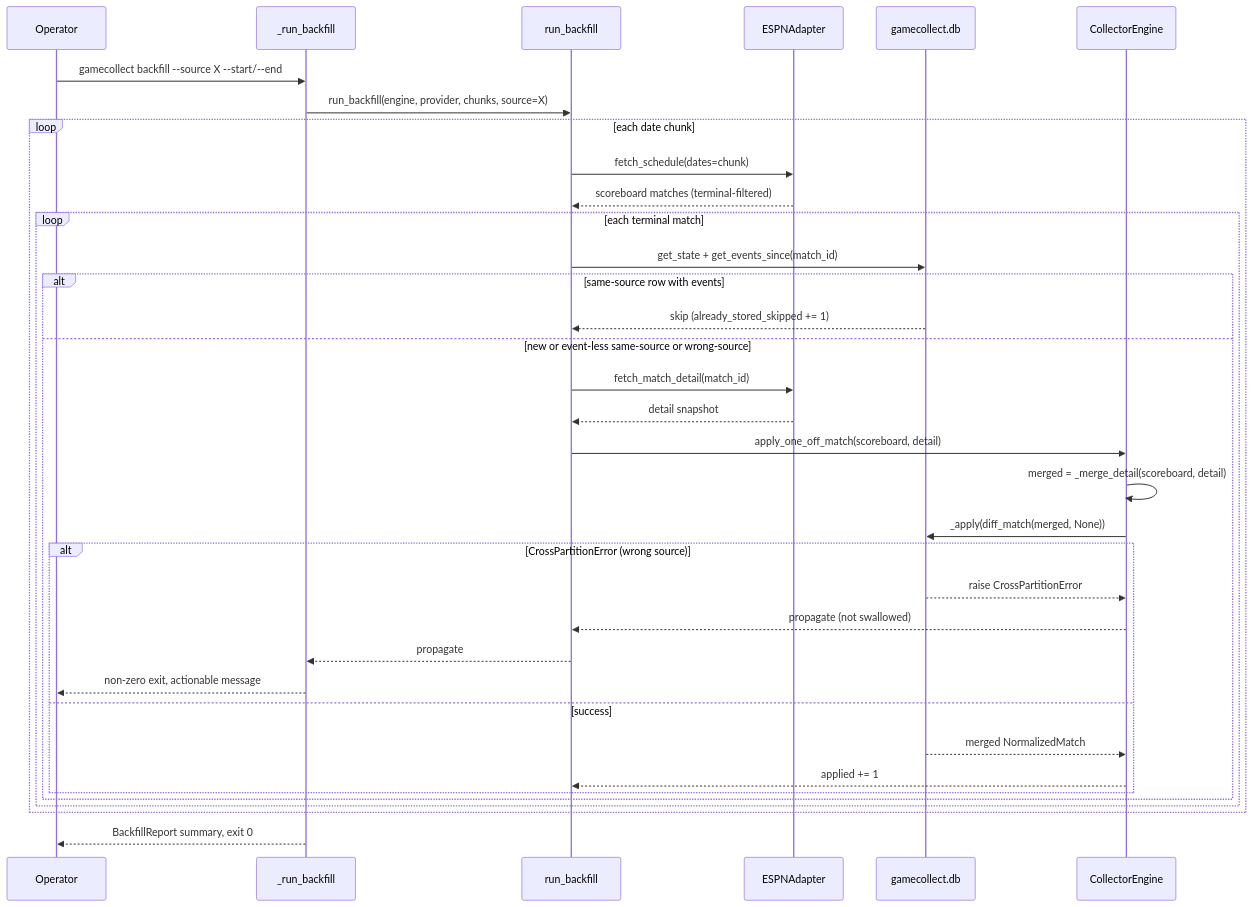
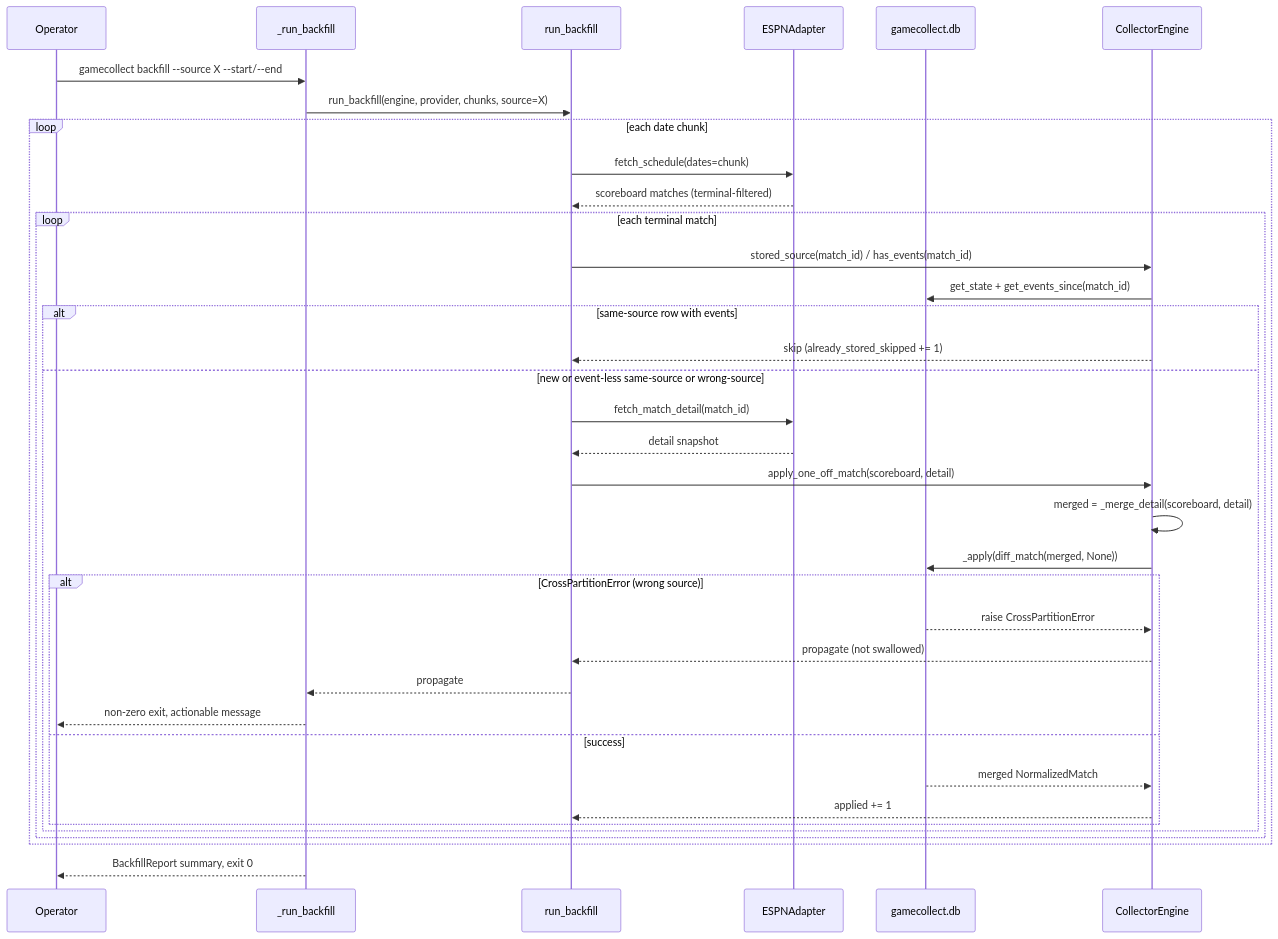
Before and after one commit to vr000m/gamealerts-collector: the second of 2 diagrams in docs/dev_plans/20260718-feature-historical-backfill.md, drawn with Mermaid. The commit also changed other lines of this file, not shown here.

````diff
--- a/docs/dev_plans/20260718-feature-historical-backfill.md
+++ b/docs/dev_plans/20260718-feature-historical-backfill.md
@@ -674,38 +816,39 @@
 ```mermaid
 sequenceDiagram
     participant Op as Operator
     participant CLI as _run_backfill
     participant BF as run_backfill
     participant ESPN as ESPNAdapter
     participant DB as gamecollect.db
     participant Eng as CollectorEngine
 
     Op->>CLI: gamecollect backfill --source X --start/--end
     CLI->>BF: run_backfill(engine, provider, chunks, source=X)
     loop each date chunk
         BF->>ESPN: fetch_schedule(dates=chunk)
         ESPN-->>BF: scoreboard matches (terminal-filtered)
         loop each terminal match
-            BF->>DB: get_state + get_events_since(match_id)
+            BF->>Eng: stored_source(match_id) / has_events(match_id)
+            Eng->>DB: get_state + get_events_since(match_id)
             alt same-source row with events
-                DB-->>BF: skip (already_stored_skipped += 1)
+                Eng-->>BF: skip (already_stored_skipped += 1)
             else new or event-less same-source or wrong-source
                 BF->>ESPN: fetch_match_detail(match_id)
                 ESPN-->>BF: detail snapshot
                 BF->>Eng: apply_one_off_match(scoreboard, detail)
                 Eng->>Eng: merged = _merge_detail(scoreboard, detail)
                 Eng->>DB: _apply(diff_match(merged, None))
                 alt CrossPartitionError (wrong source)
                     DB-->>Eng: raise CrossPartitionError
                     Eng-->>BF: propagate (not swallowed)
                     BF-->>CLI: propagate
                     CLI-->>Op: non-zero exit, actionable message
                 else success
                     DB-->>Eng: merged NormalizedMatch
                     Eng-->>BF: applied += 1
                 end
             end
         end
     end
     CLI-->>Op: BackfillReport summary, exit 0
 ```
````
